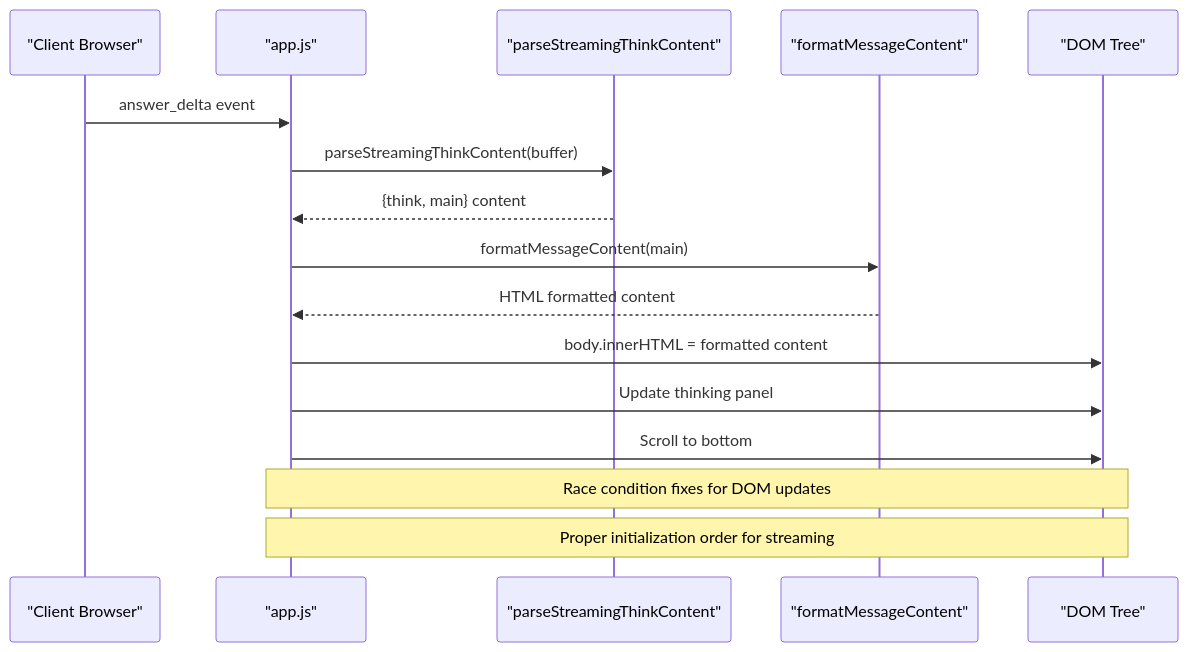
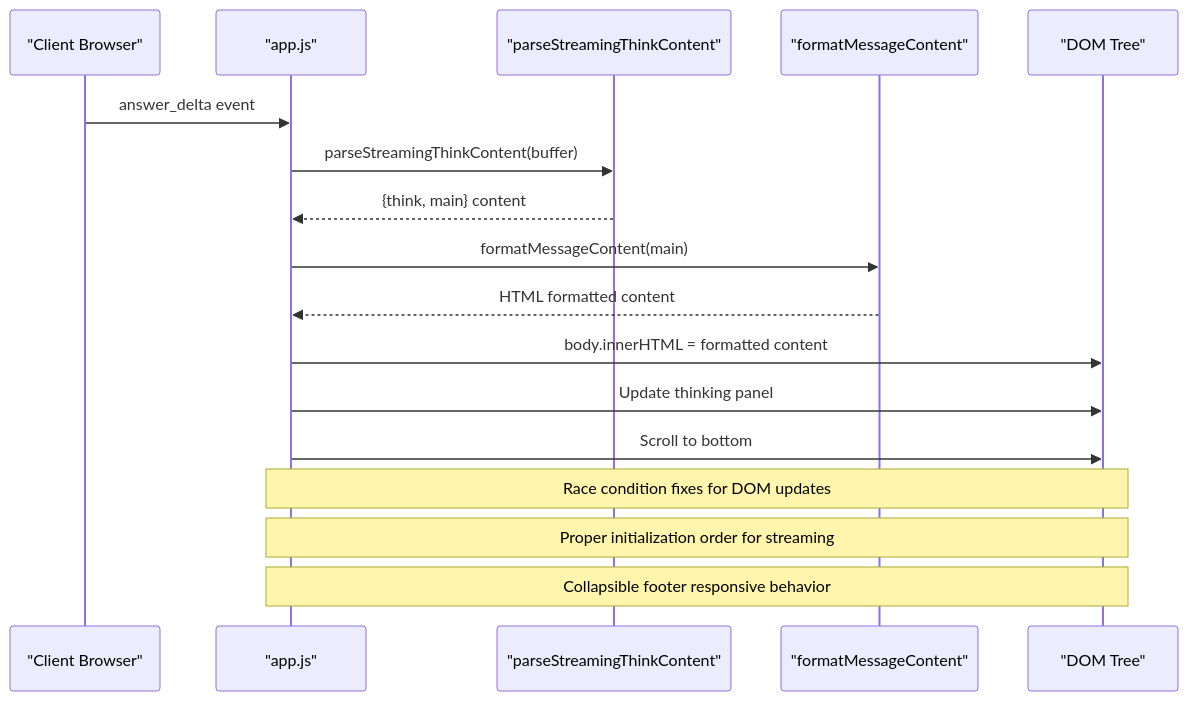
One commit to intellistream/sage-mate changed the seventh of 10 diagrams in .qoder/repowiki/en/content/Core Components/Core Components.md. Above: the diagram before and after it, drawn with Mermaid. The commit also changed other lines of this file and 34 other files, not shown here.

````diff
--- a/.qoder/repowiki/en/content/Core Components/Core Components.md
+++ b/.qoder/repowiki/en/content/Core Components/Core Components.md
@@ -545,18 +678,19 @@
 ```mermaid
 sequenceDiagram
 participant Client as "Client Browser"
 participant App as "app.js"
 participant Parser as "parseStreamingThinkContent"
 participant Formatter as "formatMessageContent"
 participant DOM as "DOM Tree"
 Client->>App : answer_delta event
 App->>Parser : parseStreamingThinkContent(buffer)
 Parser-->>App : {think, main} content
 App->>Formatter : formatMessageContent(main)
 Formatter-->>App : HTML formatted content
 App->>DOM : body.innerHTML = formatted content
 App->>DOM : Update thinking panel
 App->>DOM : Scroll to bottom
 Note over App,DOM : Race condition fixes for DOM updates
 Note over App,DOM : Proper initialization order for streaming
+Note over App,DOM : Collapsible footer responsive behavior
 ```
````
